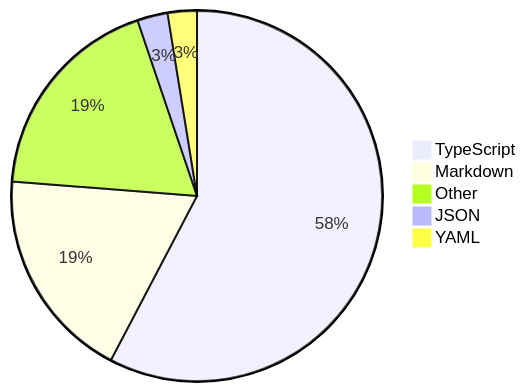
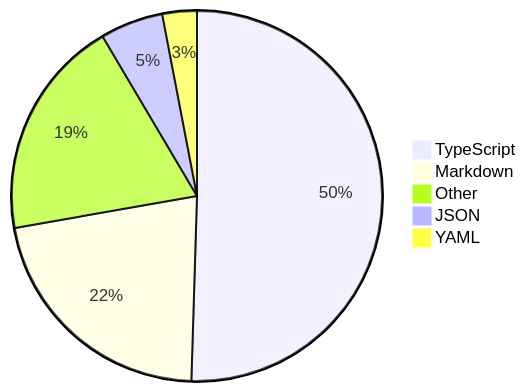
The diagram in README.md (skvggor/skvggor), drawn with Mermaid before and after one commit.

Commit message:
Updated waka-readme graph with new metrics

````diff
--- a/README.md
+++ b/README.md
@@ -35,8 +35,8 @@
 ```mermaid
 pie
-    "TypeScript" : 54.4
-    "Markdown" : 17.5
-    "Other" : 17.5
-    "JSON" : 2.5
-    "YAML" : 2.4
+    "TypeScript" : 46.9
+    "Markdown" : 20.2
+    "Other" : 17.9
+    "JSON" : 5.1
+    "YAML" : 2.8
 ```
````
